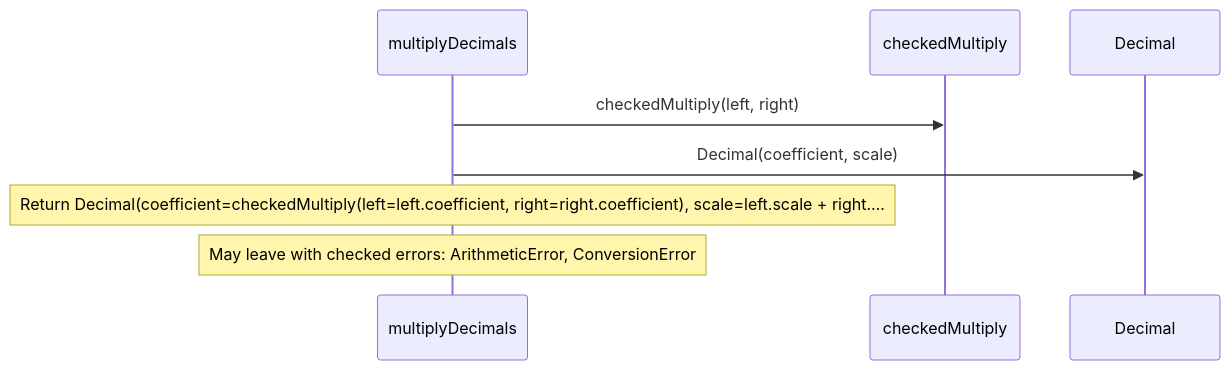
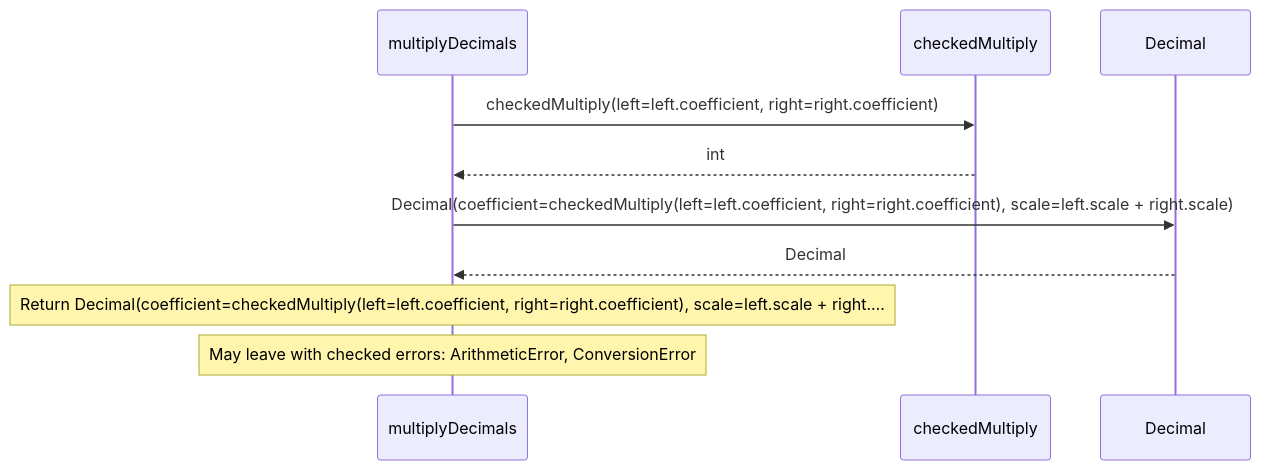
Before and after one commit to GreenPandaStudios/augscript: the eighth of 10 diagrams in src/stdlib/math/decimals.aug.diagrams.md, drawn with Mermaid. The commit also changed other lines of this file and 524 other files, not shown here.

Commit message:
Explain checked data flow at folder and service levels

````diff
--- a/src/stdlib/math/decimals.aug.diagrams.md
+++ b/src/stdlib/math/decimals.aug.diagrams.md
@@ -262,10 +248,12 @@
 ```mermaid
 sequenceDiagram
     participant p0 as multiplyDecimals
     participant p1 as checkedMultiply
     participant p2 as Decimal
-    p0->>p1: checkedMultiply(left, right)
-    p0->>p2: Decimal(coefficient, scale)
+    p0->>p1: checkedMultiply(left=left.coefficient, right=right.coefficient)
+    p1-->>p0: int
+    p0->>p2: Decimal(coefficient=checkedMultiply(left=left.coefficient, right=right.coefficient), scale=left.scale + right.scale)
+    p2-->>p0: Decimal
     Note over p0: Return Decimal(coefficient=checkedMultiply(left=left.coefficient, right=right.coefficient), scale=left.scale + right.…
     Note over p0: May leave with checked errors: ArithmeticError, ConversionError
 ```
````
